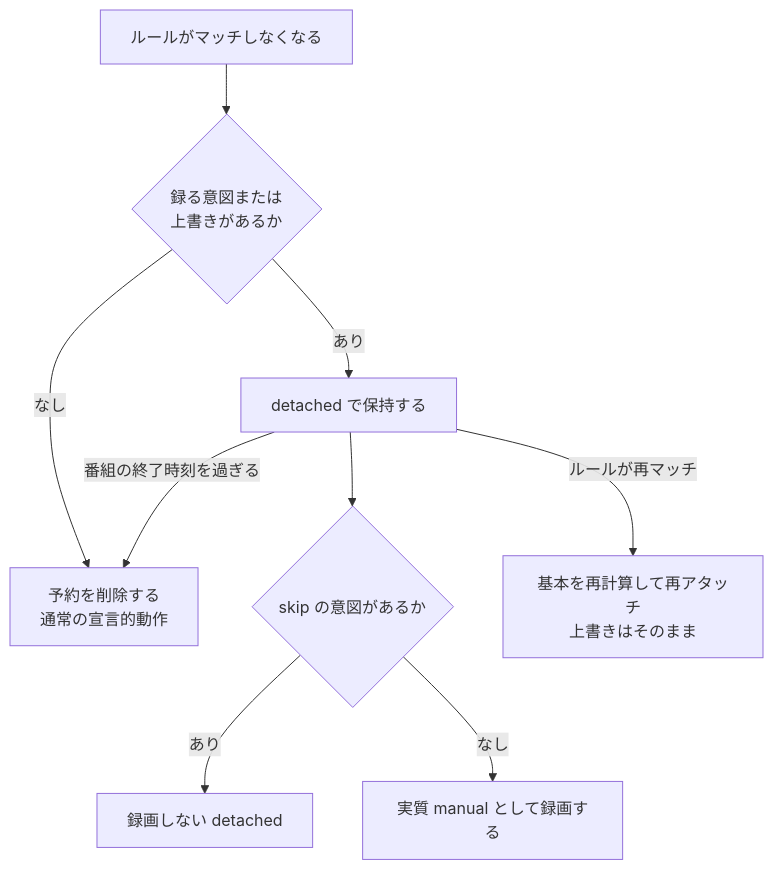
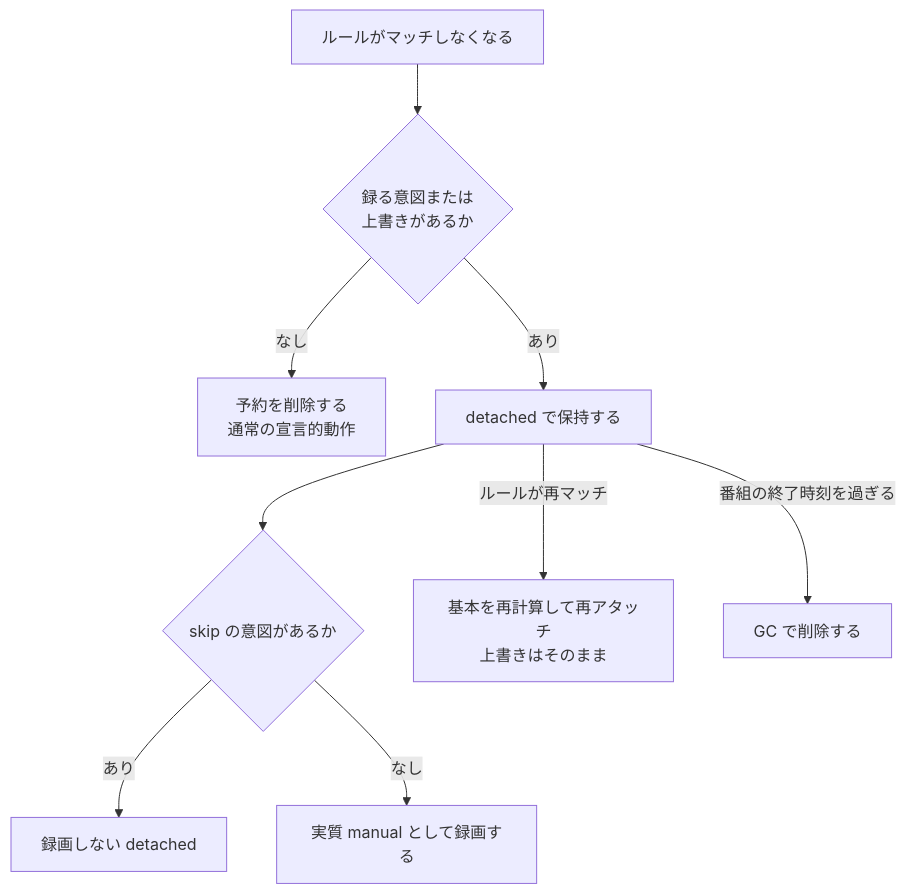
Before and after one commit to fetburner/rokuban: the diagram in docs/recording/reservation-model.md, drawn with Mermaid. The commit also changed other lines of this file and 19 other files, not shown here.

Commit message:
K-19 レビュー指摘: 意味のずれ・落ちた条件・図とコードの食い違いを直す

````diff
--- a/docs/recording/reservation-model.md
+++ b/docs/recording/reservation-model.md
@@ -192,11 +192,11 @@
 ```mermaid
 flowchart TD
     A[ルールがマッチしなくなる] --> B{録る意図または<br/>上書きがあるか}
     B -- なし --> C[予約を削除する<br/>通常の宣言的動作]
     B -- あり --> D[detached で保持する]
     D --> E{skip の意図があるか}
     E -- あり --> F[録画しない detached]
     E -- なし --> G[実質 manual として録画する]
     D -- ルールが再マッチ --> H[基本を再計算して再アタッチ<br/>上書きはそのまま]
-    D -- 番組の終了時刻を過ぎる --> C
+    D -- 番組の終了時刻を過ぎる --> I[GC で削除する]
 ```
````
